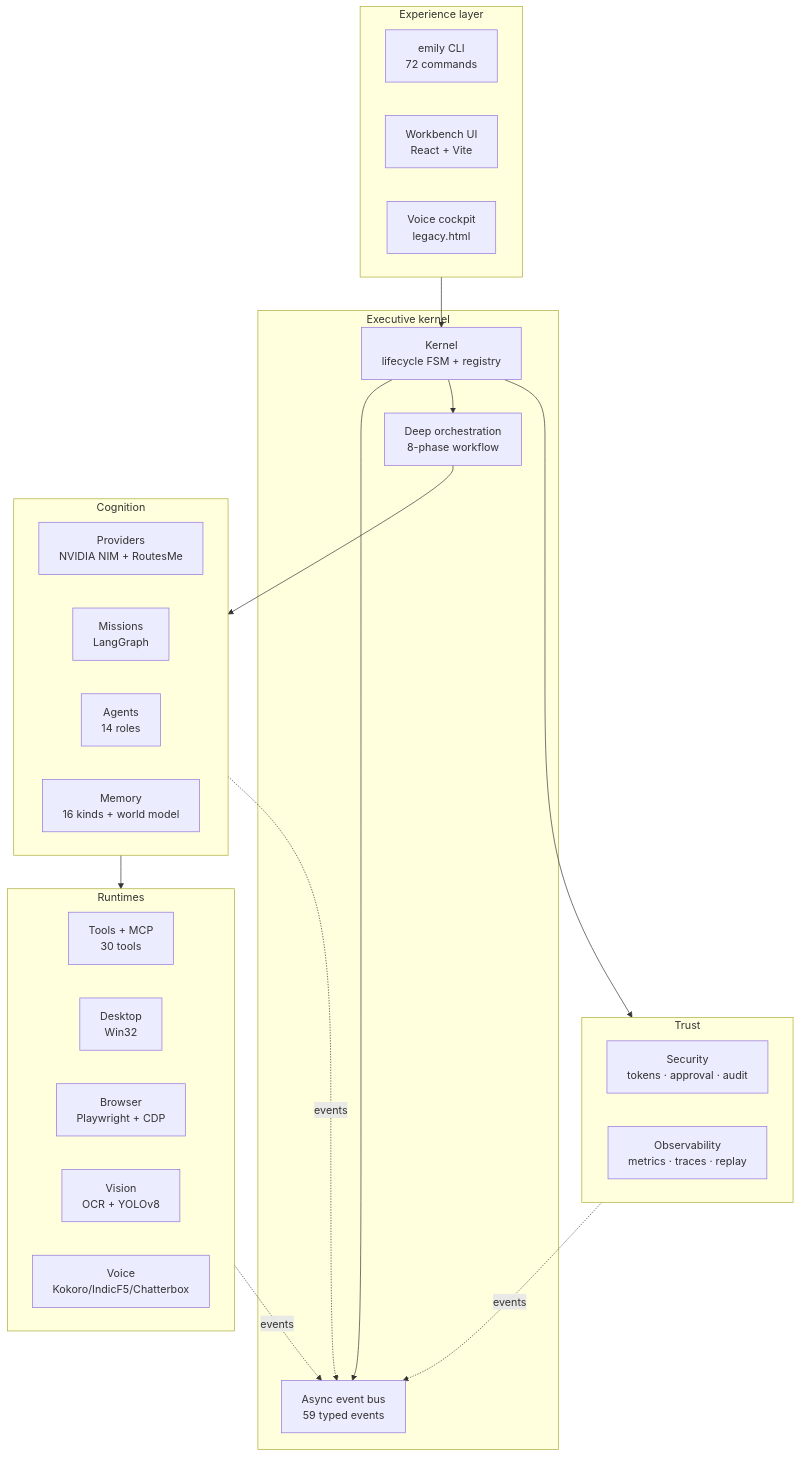
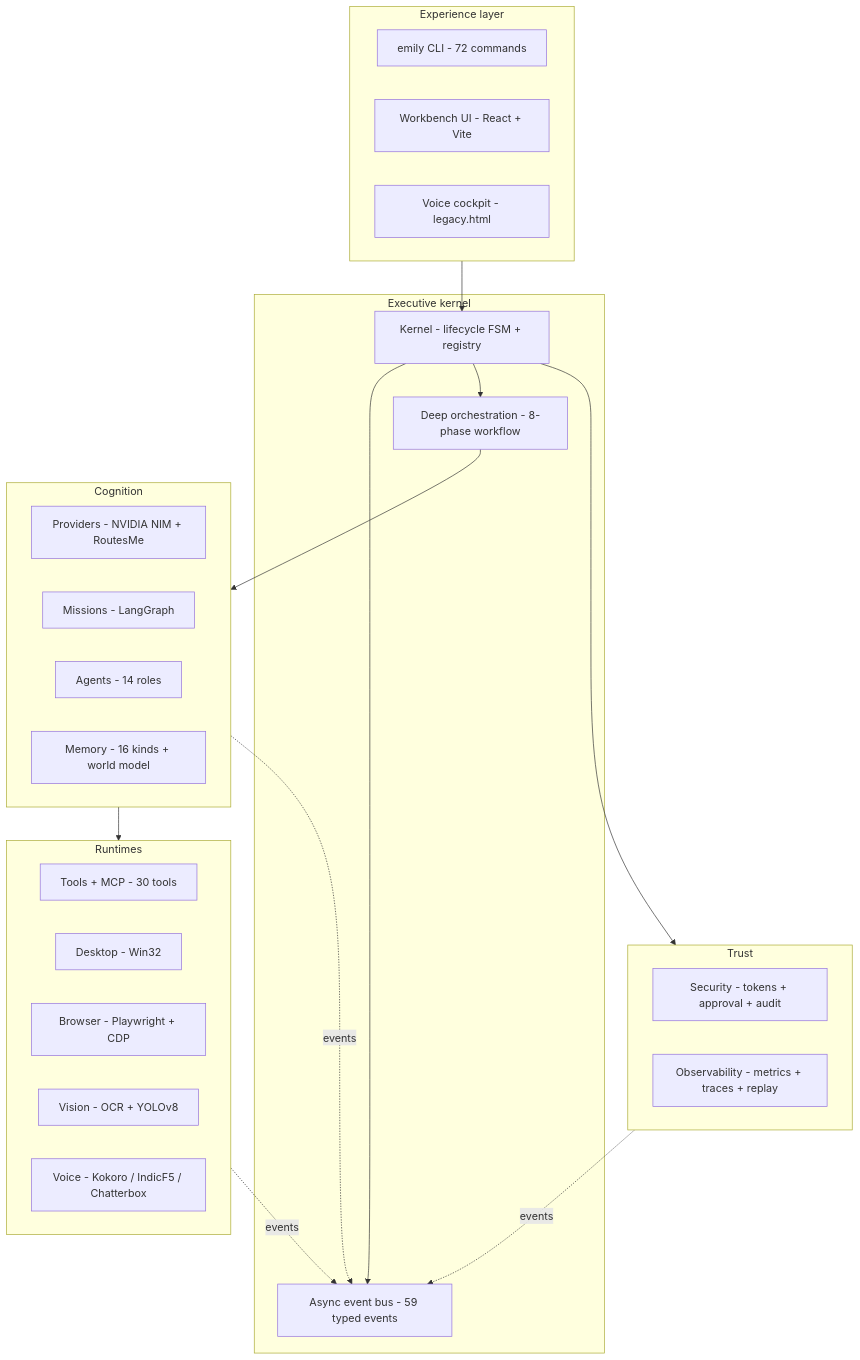
One commit to MrDecryptDecipher/EmilyOS changed the second of 18 diagrams in README.md. Above: the diagram before and after it, drawn with Mermaid. The commit also changed other lines of this file and 1 other file, not shown here.

First line of the commit message:
docs: fix Mermaid rendering on GitHub + add inline launch-film GIF

````diff
--- a/README.md
+++ b/README.md
@@ -105,44 +112,44 @@
 ```mermaid
 flowchart TB
   subgraph UX["Experience layer"]
-    CLI["emily CLI<br/>72 commands"]
-    WB["Workbench UI<br/>React + Vite"]
-    VOICEC["Voice cockpit<br/>legacy.html"]
+    CLI["emily CLI - 72 commands"]
+    WB["Workbench UI - React + Vite"]
+    VOICEC["Voice cockpit - legacy.html"]
   end
 
   subgraph KERNEL["Executive kernel"]
-    KER["Kernel<br/>lifecycle FSM + registry"]
-    BUS["Async event bus<br/>59 typed events"]
-    ORCH["Deep orchestration<br/>8-phase workflow"]
+    KER["Kernel - lifecycle FSM + registry"]
+    BUS["Async event bus - 59 typed events"]
+    ORCH["Deep orchestration - 8-phase workflow"]
   end
 
   subgraph COGNITION["Cognition"]
-    PROV["Providers<br/>NVIDIA NIM + RoutesMe"]
-    MIS["Missions<br/>LangGraph"]
-    AG["Agents<br/>14 roles"]
-    MEM["Memory<br/>16 kinds + world model"]
+    PROV["Providers - NVIDIA NIM + RoutesMe"]
+    MIS["Missions - LangGraph"]
+    AG["Agents - 14 roles"]
+    MEM["Memory - 16 kinds + world model"]
   end
 
   subgraph RUNTIMES["Runtimes"]
-    TOOLS["Tools + MCP<br/>30 tools"]
-    DESK["Desktop<br/>Win32"]
-    BROW["Browser<br/>Playwright + CDP"]
-    VIS["Vision<br/>OCR + YOLOv8"]
-    VOICE["Voice<br/>Kokoro/IndicF5/Chatterbox"]
+    TOOLS["Tools + MCP - 30 tools"]
+    DESK["Desktop - Win32"]
+    BROW["Browser - Playwright + CDP"]
+    VIS["Vision - OCR + YOLOv8"]
+    VOICE["Voice - Kokoro / IndicF5 / Chatterbox"]
   end
 
   subgraph TRUST["Trust"]
-    SEC["Security<br/>tokens · approval · audit"]
-    OBS["Observability<br/>metrics · traces · replay"]
+    SEC["Security - tokens + approval + audit"]
+    OBS["Observability - metrics + traces + replay"]
   end
 
   UX --> KER
   KER --> BUS
   KER --> ORCH
   ORCH --> COGNITION
   COGNITION --> RUNTIMES
   KER --> TRUST
   COGNITION -. events .-> BUS
   RUNTIMES -. events .-> BUS
   TRUST -. events .-> BUS
 ```
````
